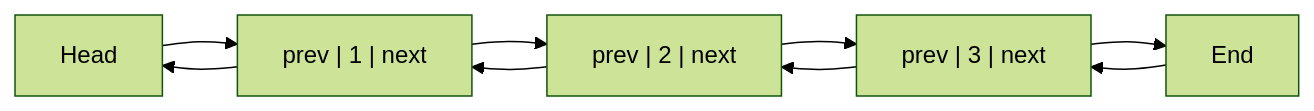
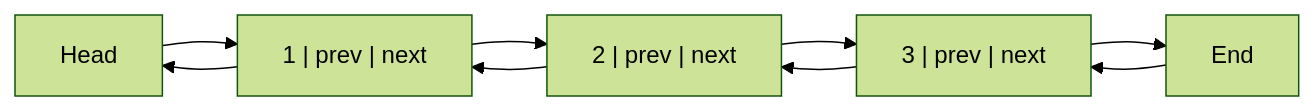
Before and after one commit to sano-jin/blog: the second of 5 diagrams in _drafts/2025-12-30-about-the-lambda-gt-language.template.md, drawn with Mermaid (forest theme). The commit also changed other lines of this file and 28 other files, not shown here.

````diff
--- a/_drafts/2025-12-30-about-the-lambda-gt-language.template.md
+++ b/_drafts/2025-12-30-about-the-lambda-gt-language.template.md
@@ -177,18 +187,18 @@
 ```mermaid
 graph LR
   Hd[Head]
-  N1["prev | 1 | next"]
-  N2["prev | 2 | next"]
-  N3["prev | 3 | next"]
+  N1["1 | prev | next"]
+  N2["2 | prev | next"]
+  N3["3 | prev | next"]
   Ed["End"]
 
   Hd --> N1
   N1 --> N2
   N2 --> N3
   N3 --> Ed
 
   N1 --> Hd
   N2 --> N1
   N3 --> N2
   Ed --> N3
 ```
````
